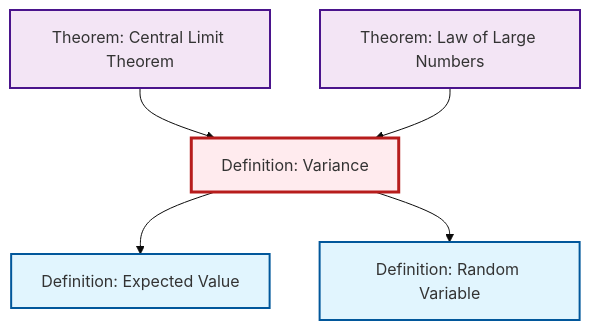
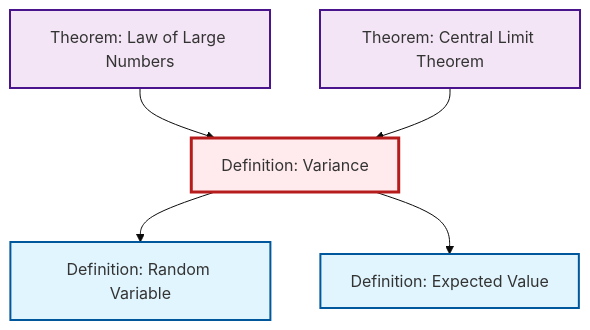
One commit to RK0429/ModernMath changed the second of 2 diagrams in content/en/probability-statistics/def-variance.qmd. Above: the diagram before and after it, drawn with Mermaid (base theme). The commit also changed other lines of this file and 531 other files, not shown here.

````diff
--- a/content/en/probability-statistics/def-variance.qmd
+++ b/content/en/probability-statistics/def-variance.qmd
@@ -101,23 +101,23 @@
 ```{mermaid}
 %%| fig-cap: "Local dependency graph"
 graph TD
     classDef definition fill:#e1f5fe,stroke:#01579b,stroke-width:2px
     classDef theorem fill:#f3e5f5,stroke:#4a148c,stroke-width:2px
     classDef axiom fill:#fff3e0,stroke:#e65100,stroke-width:2px
     classDef example fill:#e8f5e9,stroke:#1b5e20,stroke-width:2px
     classDef current fill:#ffebee,stroke:#b71c1c,stroke-width:3px
+    def-expectation["Definition: Expected Value"]:::definition
     def-random-variable["Definition: Random Variable"]:::definition
+    thm-law-of-large-numbers["Theorem: Law of Large Numbers"]:::theorem
+    thm-central-limit["Theorem: Central Limit Theorem"]:::theorem
     def-variance["Definition: Variance"]:::definition
-    thm-central-limit["Theorem: Central Limit Theorem"]:::theorem
-    def-expectation["Definition: Expected Value"]:::definition
-    thm-law-of-large-numbers["Theorem: Law of Large Numbers"]:::theorem
+    thm-law-of-large-numbers --> def-variance
+    def-variance --> def-random-variable
     thm-central-limit --> def-variance
-    thm-law-of-large-numbers --> def-variance
     def-variance --> def-expectation
-    def-variance --> def-random-variable
     class def-variance current
+    click def-expectation "def-expectation.html" "Go to Expected Value definition"
     click def-random-variable "def-random-variable.html" "Go to Random Variable definition"
+    click thm-law-of-large-numbers "thm-law-of-large-numbers.html" "Go to Law of Large Numbers theorem"
     click thm-central-limit "thm-central-limit.html" "Go to Central Limit Theorem theorem"
-    click def-expectation "def-expectation.html" "Go to Expected Value definition"
-    click thm-law-of-large-numbers "thm-law-of-large-numbers.html" "Go to Law of Large Numbers theorem"
 ```
````
